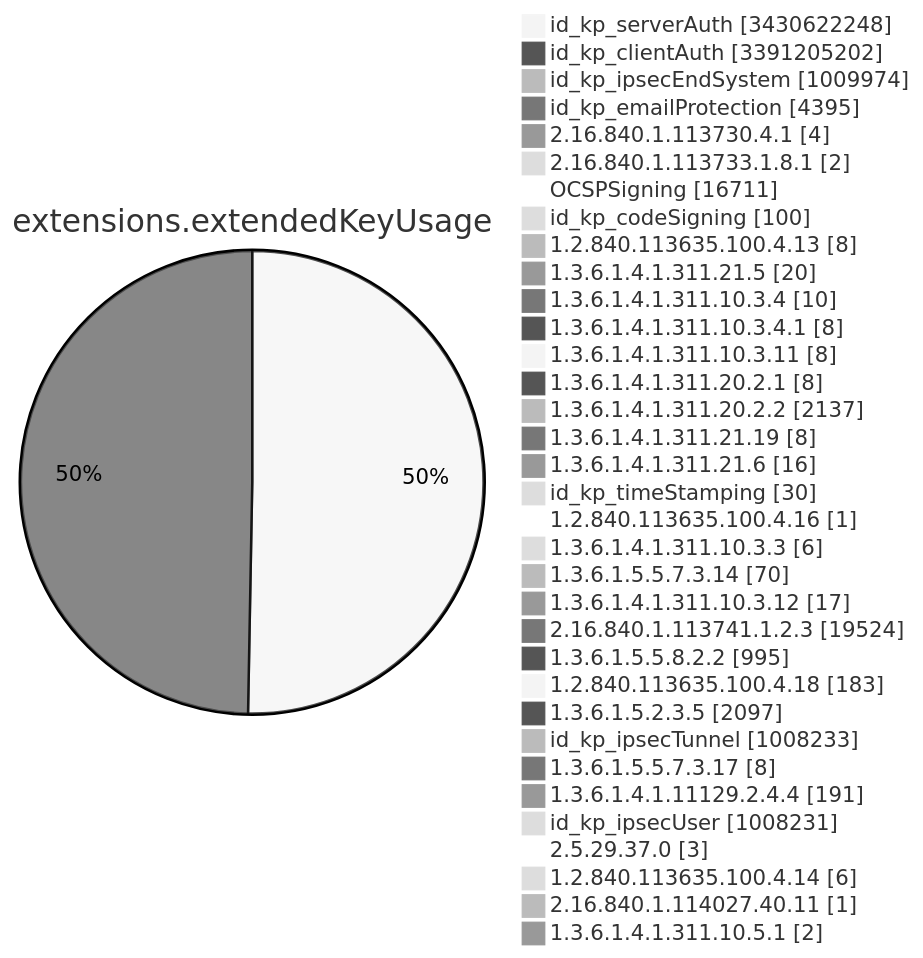
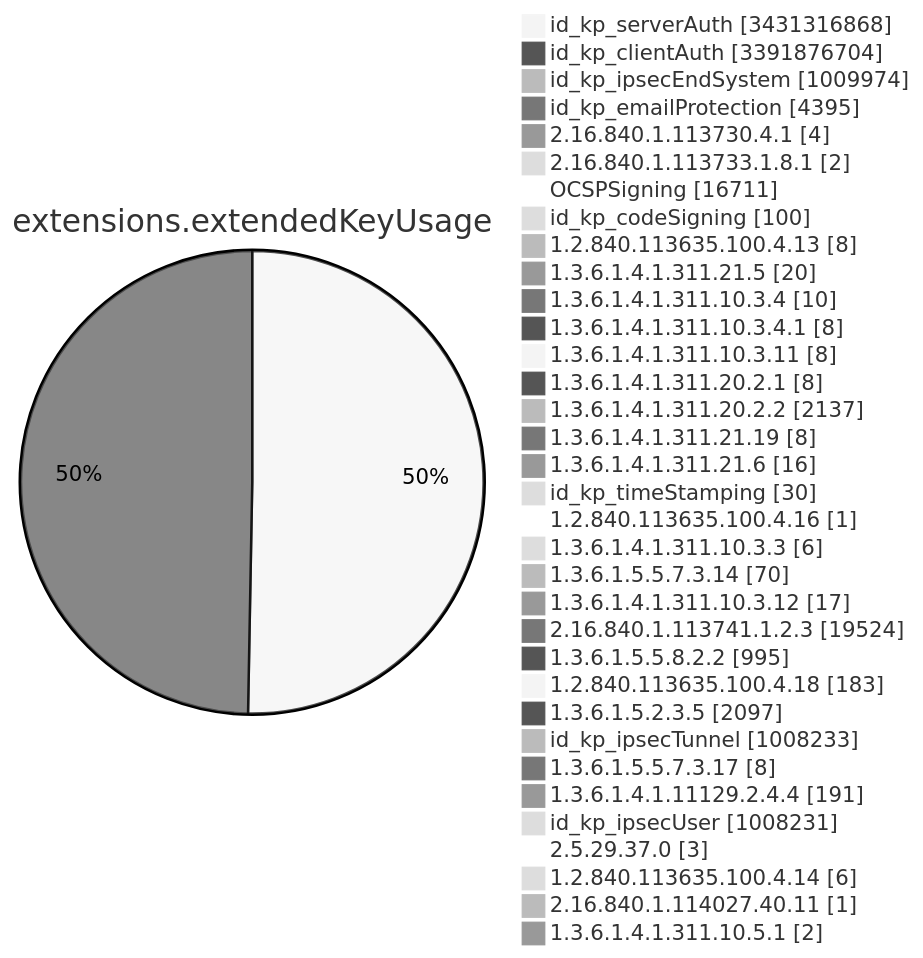
One commit to christiankrug/ctmonitor_visualization changed diagram 11 of 15 in TOTAL/README.md. Above: the diagram before and after it, drawn with Mermaid (neutral theme). The commit also changed other lines of this file, not shown here.

````diff
--- a/TOTAL/README.md
+++ b/TOTAL/README.md
@@ -4122,38 +4122,38 @@
 ```mermaid
 pie showData
 title extensions.extendedKeyUsage
-"id_kp_serverAuth" :3430622248
-"id_kp_clientAuth" :3391205202
+"id_kp_serverAuth" :3431316868
+"id_kp_clientAuth" :3391876704
 "id_kp_ipsecEndSystem" :1009974
 "id_kp_emailProtection" :4395
 "2.16.840.1.113730.4.1" :4
 "2.16.840.1.113733.1.8.1" :2
 "OCSPSigning" :16711
 "id_kp_codeSigning" :100
 "1.2.840.113635.100.4.13" :8
 "1.3.6.1.4.1.311.21.5" :20
 "1.3.6.1.4.1.311.10.3.4" :10
 "1.3.6.1.4.1.311.10.3.4.1" :8
 "1.3.6.1.4.1.311.10.3.11" :8
 "1.3.6.1.4.1.311.20.2.1" :8
 "1.3.6.1.4.1.311.20.2.2" :2137
 "1.3.6.1.4.1.311.21.19" :8
 "1.3.6.1.4.1.311.21.6" :16
 "id_kp_timeStamping" :30
 "1.2.840.113635.100.4.16" :1
 "1.3.6.1.4.1.311.10.3.3" :6
 "1.3.6.1.5.5.7.3.14" :70
 "1.3.6.1.4.1.311.10.3.12" :17
 "2.16.840.1.113741.1.2.3" :19524
 "1.3.6.1.5.5.8.2.2" :995
 "1.2.840.113635.100.4.18" :183
 "1.3.6.1.5.2.3.5" :2097
 "id_kp_ipsecTunnel" :1008233
 "1.3.6.1.5.5.7.3.17" :8
 "1.3.6.1.4.1.11129.2.4.4" :191
 "id_kp_ipsecUser" :1008231
 "2.5.29.37.0" :3
 "1.2.840.113635.100.4.14" :6
 "2.16.840.1.114027.40.11" :1
 "1.3.6.1.4.1.311.10.5.1" :2
 ```
````
